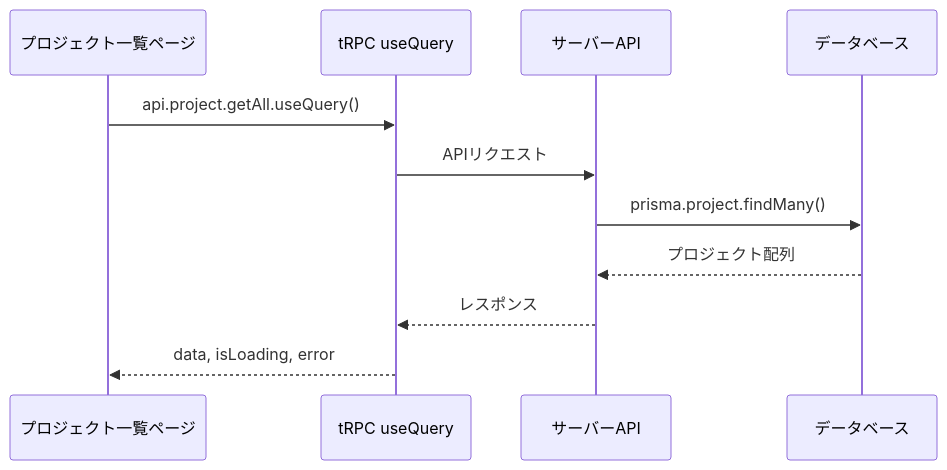
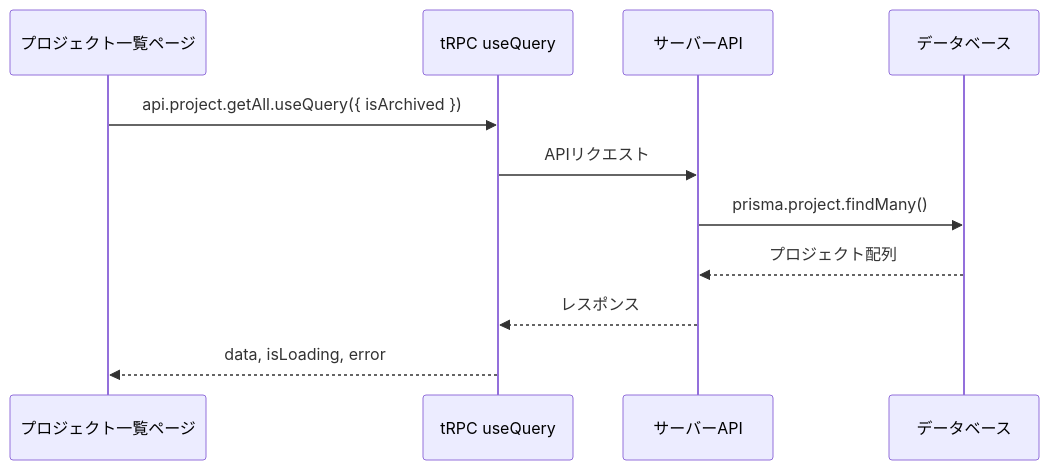
One commit to kouiso/task-app changed the first of 2 diagrams in material/30days-curriculum/day09_プロジェクト一覧画面.md. Above: the diagram before and after it, drawn with Mermaid. The commit also changed other lines of this file and 250 other files, not shown here.

````diff
--- a/material/30days-curriculum/day09_プロジェクト一覧画面.md
+++ b/material/30days-curriculum/day09_プロジェクト一覧画面.md
@@ -25,14 +25,14 @@
 ```mermaid
 sequenceDiagram
     participant P as プロジェクト一覧ページ
     participant T as tRPC useQuery
     participant S as サーバーAPI
     participant D as データベース
 
-    P->>T: api.project.getAll.useQuery()
+    P->>T: api.project.getAll.useQuery({ isArchived })
     T->>S: APIリクエスト
     S->>D: prisma.project.findMany()
     D-->>S: プロジェクト配列
     S-->>T: レスポンス
     T-->>P: data, isLoading, error
 ```
````
